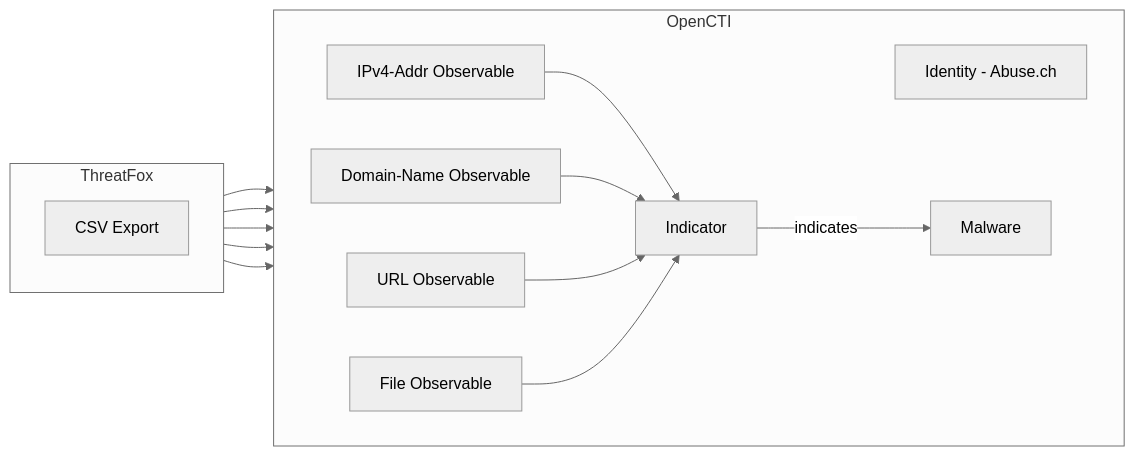
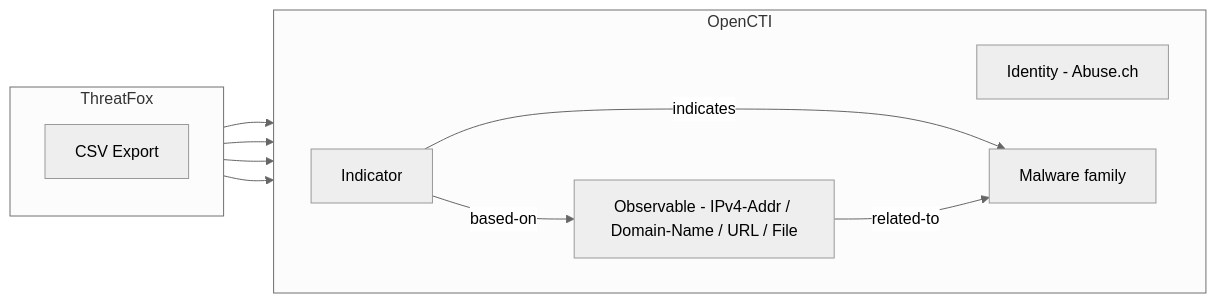
One commit to OpenCTI-Platform/connectors changed the diagram in external-import/threatfox/README.md. Above: the diagram before and after it, drawn with Mermaid (neutral theme). The commit also changed other lines of this file and 1 other file, not shown here.

````diff
--- a/external-import/threatfox/README.md
+++ b/external-import/threatfox/README.md
@@ -144,29 +145,23 @@
 ```mermaid
 graph LR
     subgraph ThreatFox
         direction TB
         CSV[CSV Export]
     end
 
     subgraph OpenCTI
         direction LR
         Identity[Identity - Abuse.ch]
-        IP[IPv4-Addr Observable]
-        Domain[Domain-Name Observable]
-        URL[URL Observable]
-        Hash[File Observable]
+        Observable[Observable - IPv4-Addr / Domain-Name / URL / File]
         Indicator[Indicator]
-        Malware[Malware]
+        Malware[Malware family]
     end
 
     CSV --> Identity
-    CSV --> IP
-    CSV --> Domain
-    CSV --> URL
-    CSV --> Hash
-    IP --> Indicator
-    Domain --> Indicator
-    URL --> Indicator
-    Hash --> Indicator
+    CSV --> Observable
+    CSV --> Indicator
+    CSV --> Malware
+    Indicator -- based-on --> Observable
     Indicator -- indicates --> Malware
+    Observable -- related-to --> Malware
 ```
````
